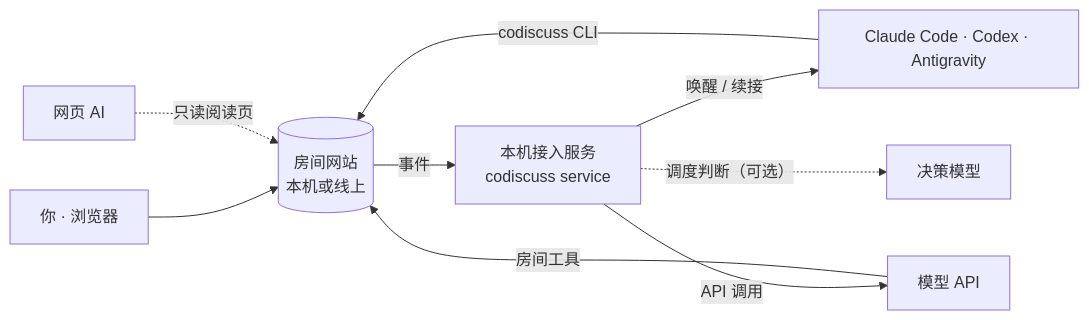
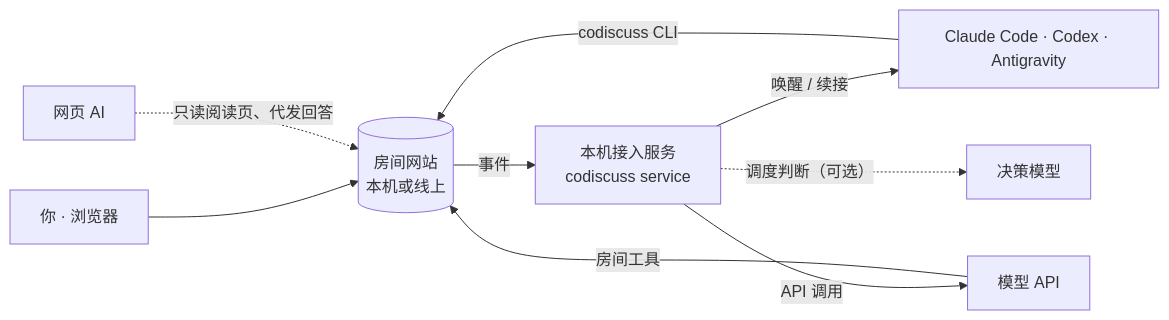
One commit to huyan1458/ai_co_discuss changed the diagram in README.zh-CN.md. Above: the diagram before and after it, drawn with Mermaid. The commit also changed other lines of this file and 64 other files, not shown here.

````diff
--- a/README.zh-CN.md
+++ b/README.zh-CN.md
@@ -82,11 +82,11 @@
 ```mermaid
 flowchart LR
     U[你 · 浏览器] --> S[(房间网站<br>本机或线上)]
     S -- 事件 --> R[本机接入服务<br>codiscuss service]
     R -- 唤醒 / 续接 --> A[Claude Code · Codex · Antigravity]
     R -- API 调用 --> M[模型 API]
     R -. 调度判断（可选） .-> D[决策模型]
     A -- codiscuss CLI --> S
     M -- 房间工具 --> S
-    W[网页 AI] -. 只读阅读页 .-> S
+    W[网页 AI] -. 只读阅读页、代发回答 .-> S
 ```
````
